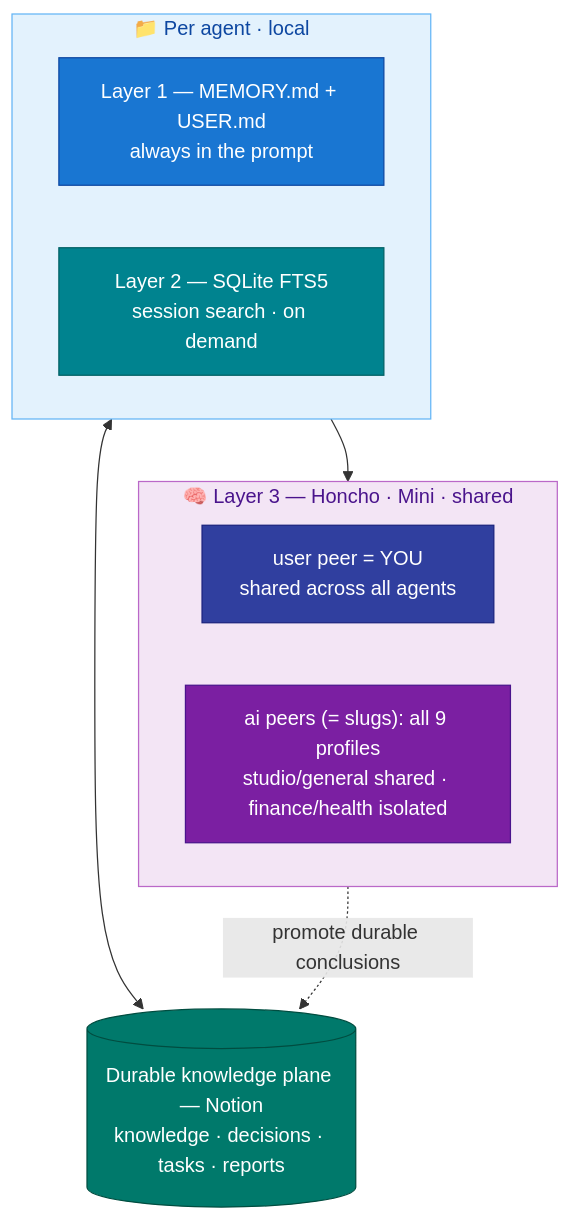
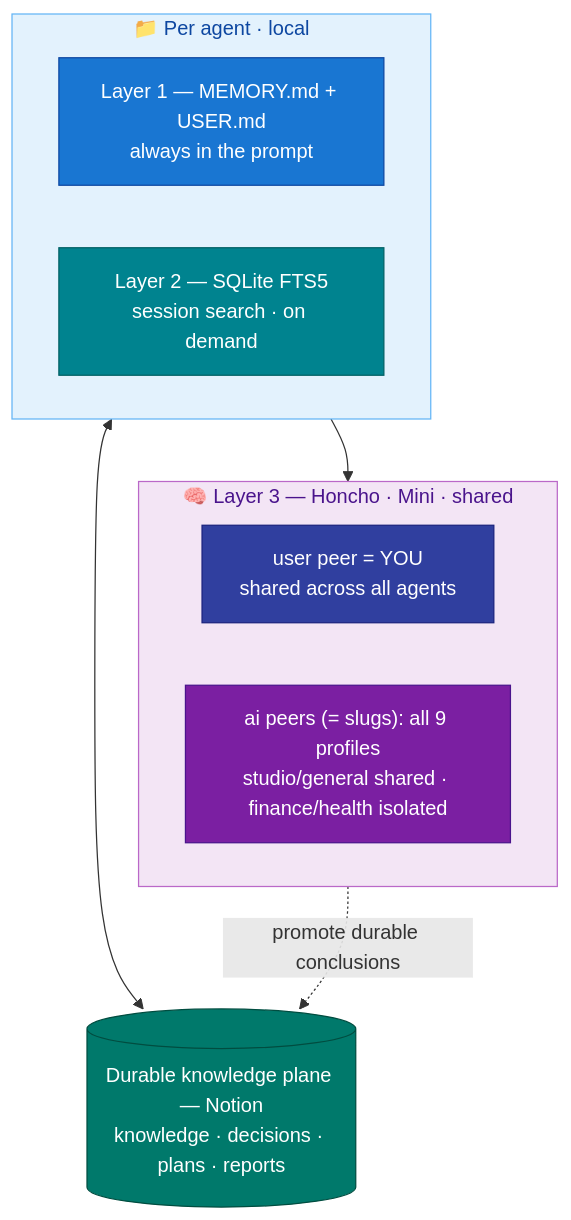
One commit to mpolatcan/hermes-setup changed the first of 2 diagrams in docs/07-memory.md. Above: the diagram before and after it, drawn with Mermaid. The commit also changed other lines of this file and 15 other files, not shown here.

````diff
--- a/docs/07-memory.md
+++ b/docs/07-memory.md
@@ -7,22 +7,22 @@
 ```mermaid
 flowchart TB
     subgraph per["📁 Per agent · local"]
         L1["Layer 1 — MEMORY.md + USER.md<br/>always in the prompt"]:::l1
         L2["Layer 2 — SQLite FTS5<br/>session search · on demand"]:::l2
     end
     subgraph hon["🧠 Layer 3 — Honcho · Mini · shared"]
         user["user peer = YOU<br/>shared across all agents"]:::user
         peers["ai peers (= slugs): all 9 profiles<br/>studio/general shared · finance/health isolated"]:::infra
     end
-    notion[("Durable knowledge plane — Notion<br/>knowledge · decisions · tasks · reports")]:::knowledge
+    notion[("Durable knowledge plane — Notion<br/>knowledge · decisions · plans · reports")]:::knowledge
     per --> hon
     per <--> notion
     hon -. "promote durable conclusions" .-> notion
     classDef l1 fill:#1976D2,stroke:#0D47A1,color:#fff
     classDef l2 fill:#00838F,stroke:#006064,color:#fff
     classDef user fill:#303F9F,stroke:#1A237E,color:#fff
     classDef infra fill:#7B1FA2,stroke:#4A148C,color:#fff
     classDef knowledge fill:#00796B,stroke:#004D40,color:#fff
     style per fill:#E3F2FD,stroke:#64B5F6,color:#0D47A1
     style hon fill:#F3E5F5,stroke:#BA68C8,color:#4A148C
 ```
````
